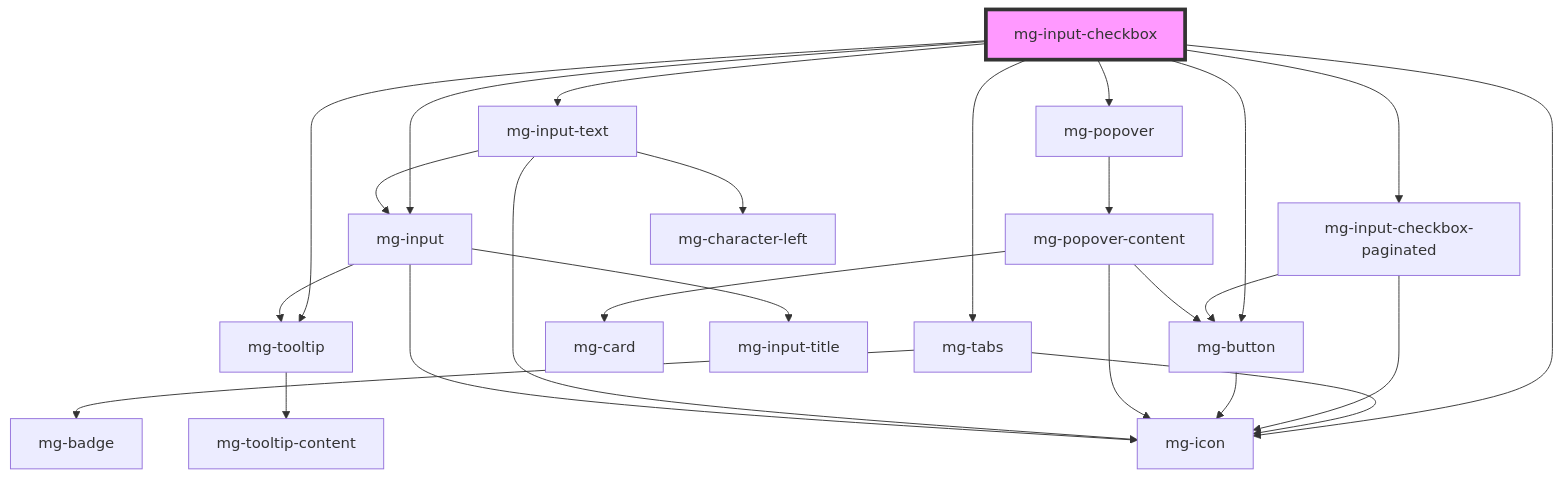
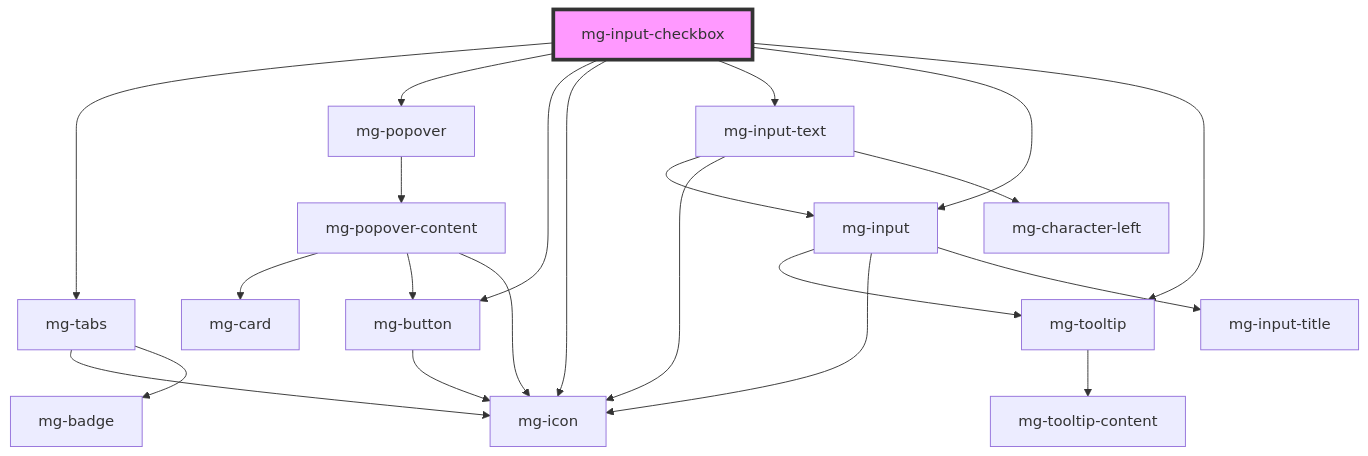
Before and after one commit to MGDIS/core-ui: the diagram in packages/mg-components/src/components/molecules/inputs/mg-input-checkbox/readme.md, drawn with Mermaid. The commit also changed other lines of this file and 36 other files, not shown here.

First line of the commit message:
fix(mgInputCheckboxPaginated): migrate to functionnal component

````diff
--- a/packages/mg-components/src/components/molecules/inputs/mg-input-checkbox/readme.md
+++ b/packages/mg-components/src/components/molecules/inputs/mg-input-checkbox/readme.md
@@ -115,28 +114,25 @@
 ```mermaid
 graph TD;
   mg-input-checkbox --> mg-tabs
-  mg-input-checkbox --> mg-input-checkbox-paginated
-  mg-input-checkbox --> mg-tooltip
+  mg-input-checkbox --> mg-popover
   mg-input-checkbox --> mg-button
-  mg-input-checkbox --> mg-popover
   mg-input-checkbox --> mg-icon
   mg-input-checkbox --> mg-input-text
   mg-input-checkbox --> mg-input
+  mg-input-checkbox --> mg-tooltip
   mg-tabs --> mg-icon
   mg-tabs --> mg-badge
-  mg-input-checkbox-paginated --> mg-button
-  mg-input-checkbox-paginated --> mg-icon
-  mg-button --> mg-icon
-  mg-tooltip --> mg-tooltip-content
   mg-popover --> mg-popover-content
   mg-popover-content --> mg-card
   mg-popover-content --> mg-button
   mg-popover-content --> mg-icon
+  mg-button --> mg-icon
   mg-input-text --> mg-input
   mg-input-text --> mg-icon
   mg-input-text --> mg-character-left
   mg-input --> mg-tooltip
   mg-input --> mg-icon
   mg-input --> mg-input-title
+  mg-tooltip --> mg-tooltip-content
   style mg-input-checkbox fill:#f9f,stroke:#333,stroke-width:4px
 ```
````
